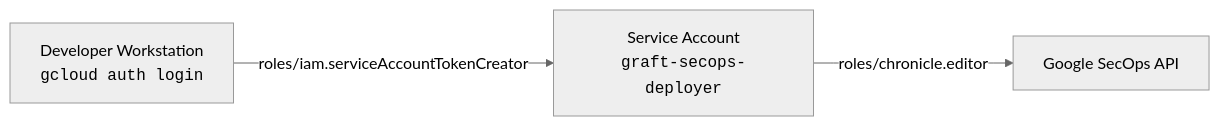
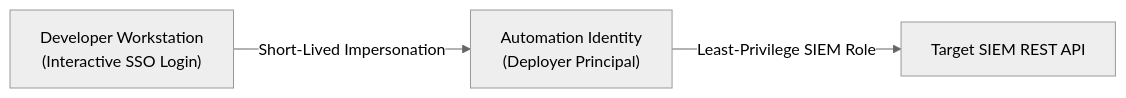
Before and after one commit to lopes/graft: the third of 3 diagrams in docs/operators/security.md, drawn with Mermaid (neutral theme). The commit also changed other lines of this file and 42 other files, not shown here.

````diff
--- a/docs/operators/security.md
+++ b/docs/operators/security.md
@@ -91,9 +91,9 @@
 ```mermaid
 flowchart LR
-    DEV["Developer Workstation<br/><code>gcloud auth login</code>"]
-    SA["Service Account<br/><code>graft-secops-deployer</code>"]
-    API["Google SecOps API"]
+    DEV["Developer Workstation<br/>(Interactive SSO Login)"]
+    SA["Automation Identity<br/>(Deployer Principal)"]
+    API["Target SIEM REST API"]
 
-    DEV -- "roles/iam.serviceAccountTokenCreator" --> SA
-    SA -- "roles/chronicle.editor" --> API
+    DEV -- "Short-Lived Impersonation" --> SA
+    SA -- "Least-Privilege SIEM Role" --> API
 ```
````
